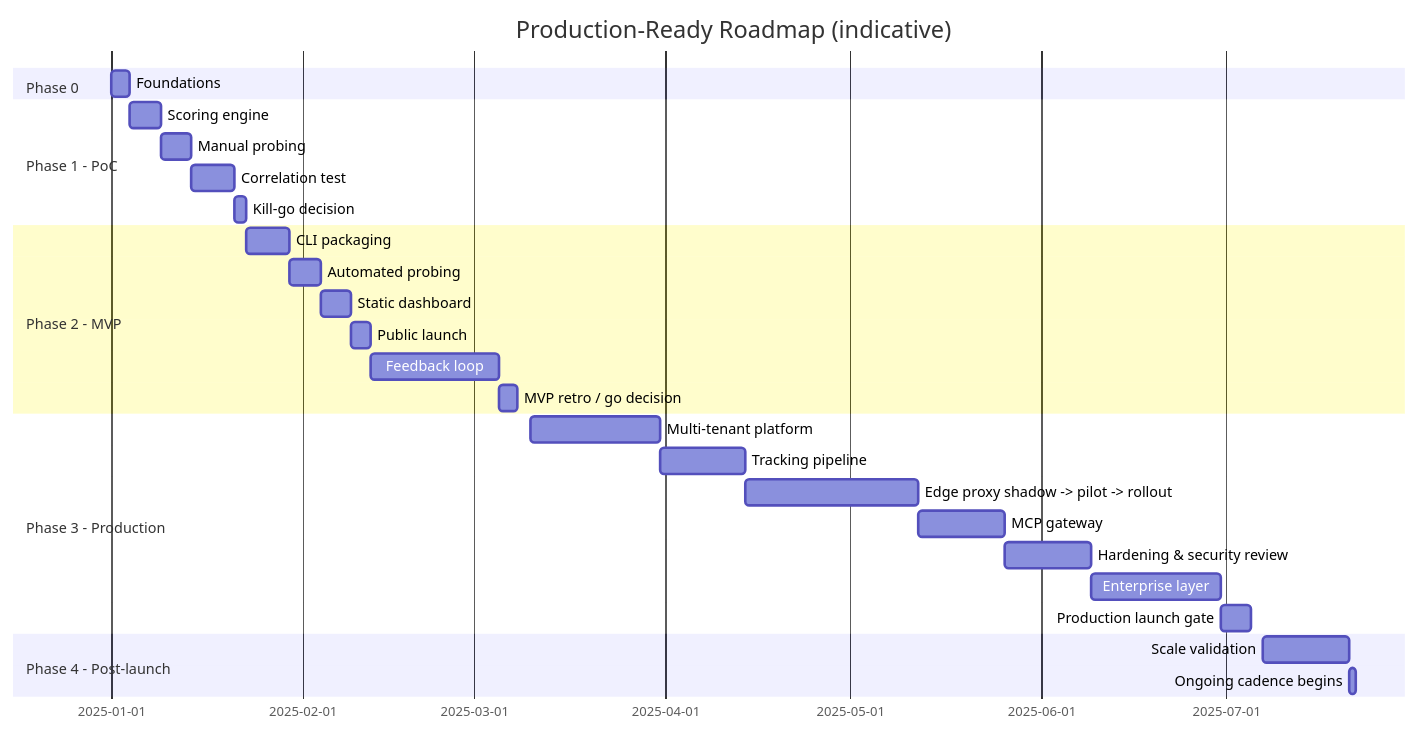
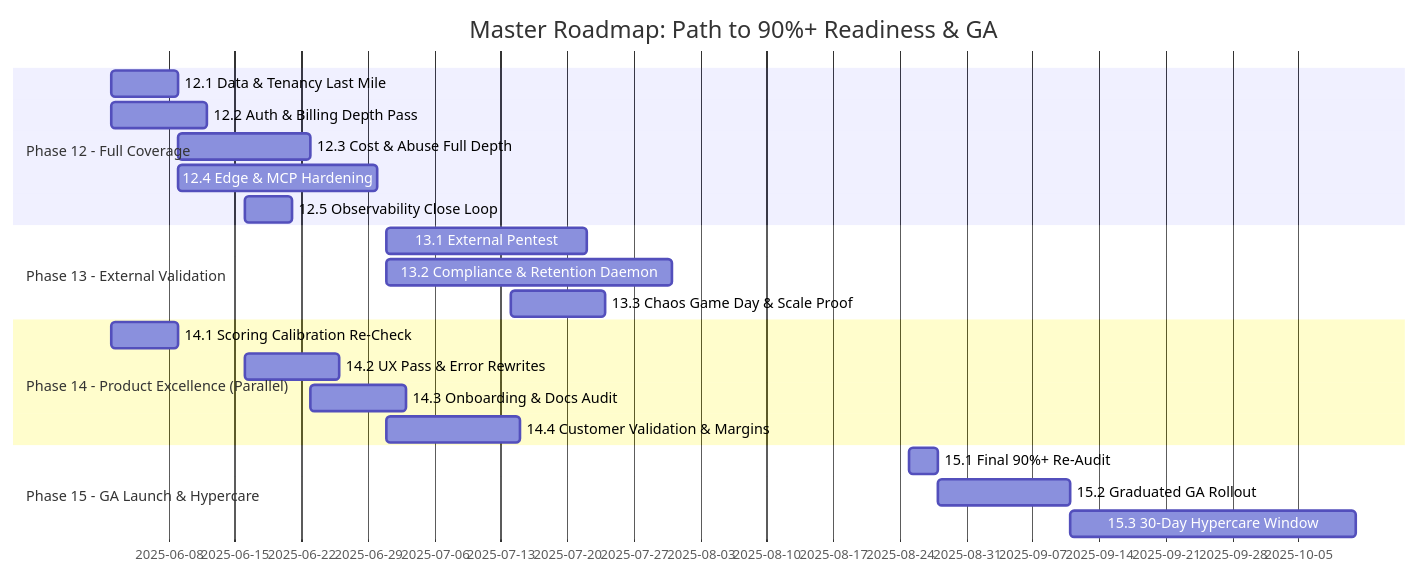
Before and after one commit to daryllrebeiro/agent-ready-kit: the second of 2 diagrams in Plan.md, drawn with Mermaid. The commit also changed other lines of this file, not shown here.

Commit message:
docs(plan): extend Plan.md with Phases 12-15 path to 90%+ readiness and GA launch

````diff
--- a/Plan.md
+++ b/Plan.md
@@ -360,30 +467,24 @@
 ```mermaid
 gantt
-    title Production-Ready Roadmap (indicative)
+    title Master Roadmap: Path to 90%+ Readiness & GA
     dateFormat YYYY-MM-DD
-    section Phase 0
-    Foundations                :2025-01-01, 3d
-    section Phase 1 - PoC
-    Scoring engine              :2025-01-04, 5d
-    Manual probing               :2025-01-09, 5d
-    Correlation test              :2025-01-14, 7d
-    Kill-go decision               :2025-01-21, 2d
-    section Phase 2 - MVP
-    CLI packaging                   :2025-01-23, 7d
-    Automated probing                :2025-01-30, 5d
-    Static dashboard                  :2025-02-04, 5d
-    Public launch                      :2025-02-09, 3d
-    Feedback loop                       :2025-02-12, 21d
-    MVP retro / go decision               :2025-03-05, 3d
-    section Phase 3 - Production
-    Multi-tenant platform                  :2025-03-10, 21d
-    Tracking pipeline                       :2025-03-31, 14d
-    Edge proxy shadow -> pilot -> rollout     :2025-04-14, 28d
-    MCP gateway                                :2025-05-12, 14d
-    Hardening & security review                 :2025-05-26, 14d
-    Enterprise layer                              :2025-06-09, 21d
-    Production launch gate                          :2025-06-30, 5d
-    section Phase 4 - Post-launch
-    Scale validation                                  :2025-07-07, 14d
-    Ongoing cadence begins                              :2025-07-21, 1d
+    section Phase 12 - Full Coverage
+    12.1 Data & Tenancy Last Mile            :2025-06-02, 7d
+    12.2 Auth & Billing Depth Pass           :2025-06-02, 10d
+    12.3 Cost & Abuse Full Depth             :2025-06-09, 14d
+    12.4 Edge & MCP Hardening                :2025-06-09, 21d
+    12.5 Observability Close Loop            :2025-06-16, 5d
+    section Phase 13 - External Validation
+    13.1 External Pentest                    :2025-07-01, 21d
+    13.2 Compliance & Retention Daemon       :2025-07-01, 30d
+    13.3 Chaos Game Day & Scale Proof        :2025-07-14, 10d
+    section Phase 14 - Product Excellence (Parallel)
+    14.1 Scoring Calibration Re-Check        :2025-06-02, 7d
+    14.2 UX Pass & Error Rewrites            :2025-06-16, 10d
+    14.3 Onboarding & Docs Audit             :2025-06-23, 10d
+    14.4 Customer Validation & Margins       :2025-07-01, 14d
+    section Phase 15 - GA Launch & Hypercare
+    15.1 Final 90%+ Re-Audit                 :2025-08-25, 3d
+    15.2 Graduated GA Rollout                :2025-08-28, 14d
+    15.3 30-Day Hypercare Window             :2025-09-11, 30d
 ```
````
